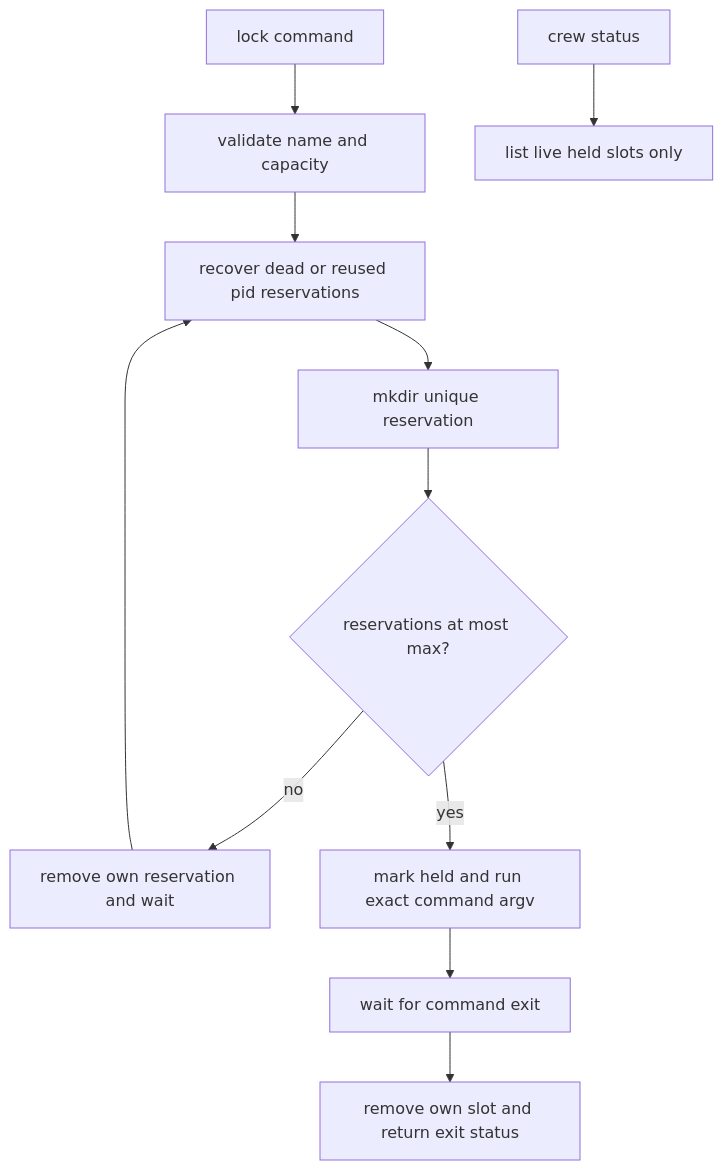
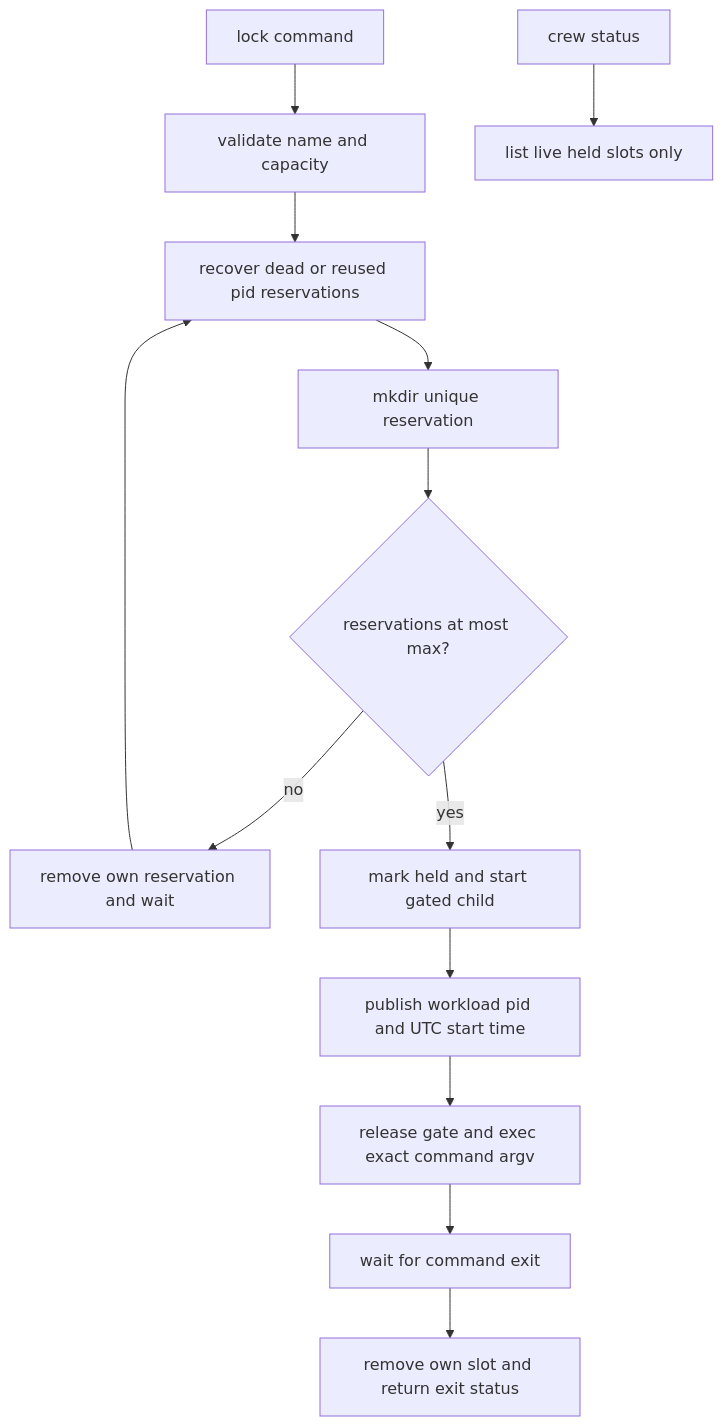
The diagram in lode/cli/semaphore.md (mifwar/crew), drawn with Mermaid before and after one commit. The commit also changed other lines of this file and 7 other files, not shown here.

First line of the commit message:
fix: bind lock leases to the workload, compare identity in UTC

````diff
--- a/lode/cli/semaphore.md
+++ b/lode/cli/semaphore.md
@@ -28,12 +28,14 @@
 ```mermaid
 flowchart TD
   cmd[lock command] --> capacity[validate name and capacity]
   capacity --> reap[recover dead or reused pid reservations]
   reap --> reserve[mkdir unique reservation]
   reserve --> count{reservations at most max?}
   count -- no --> withdraw[remove own reservation and wait] --> reap
-  count -- yes --> held[mark held and run exact command argv]
-  held --> wait[wait for command exit]
+  count -- yes --> held[mark held and start gated child]
+  held --> publish[publish workload pid and UTC start time]
+  publish --> run[release gate and exec exact command argv]
+  run --> wait[wait for command exit]
   wait --> cleanup[remove own slot and return exit status]
   status[crew status] --> live[list live held slots only]
 ```
````
